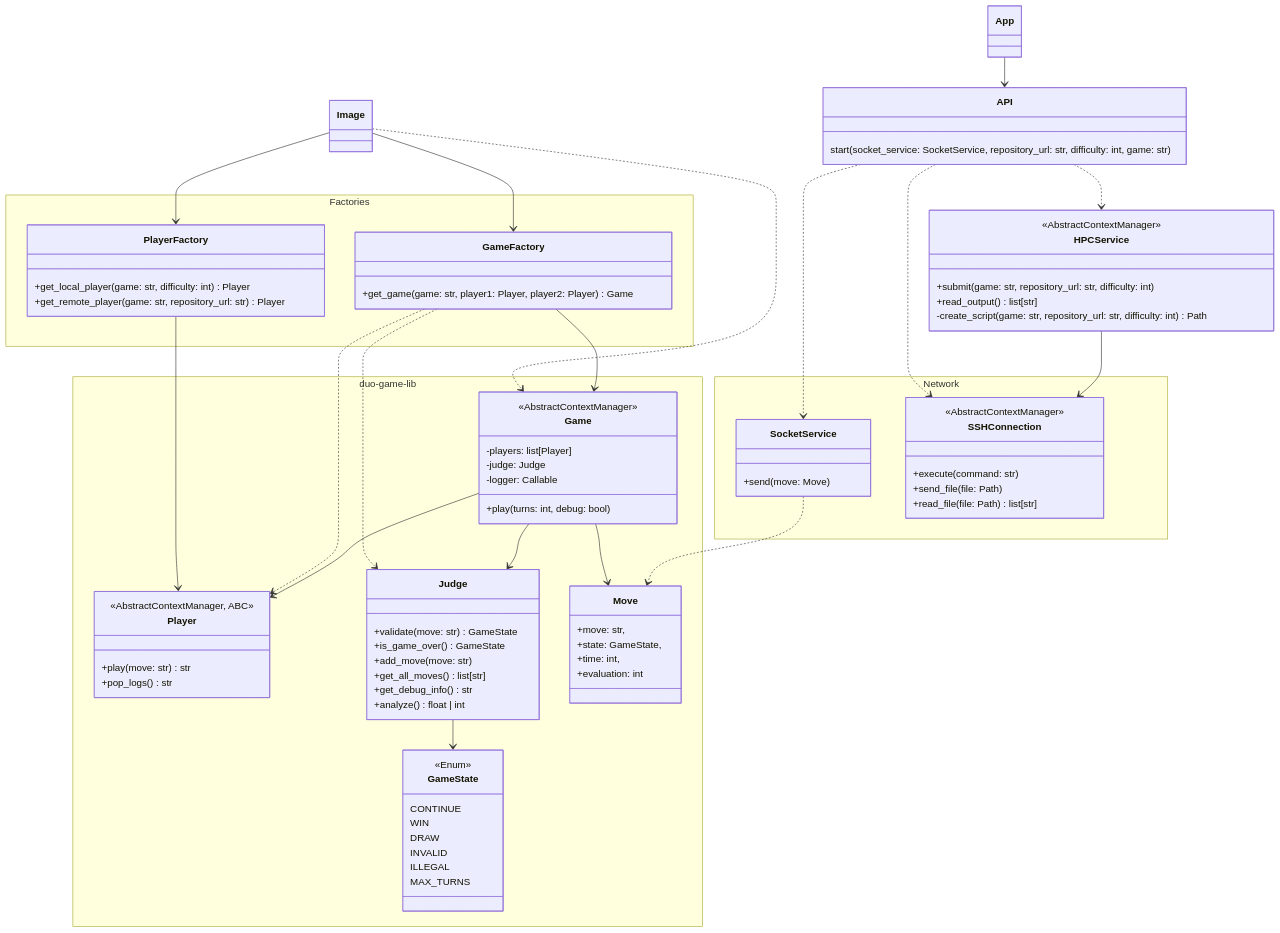
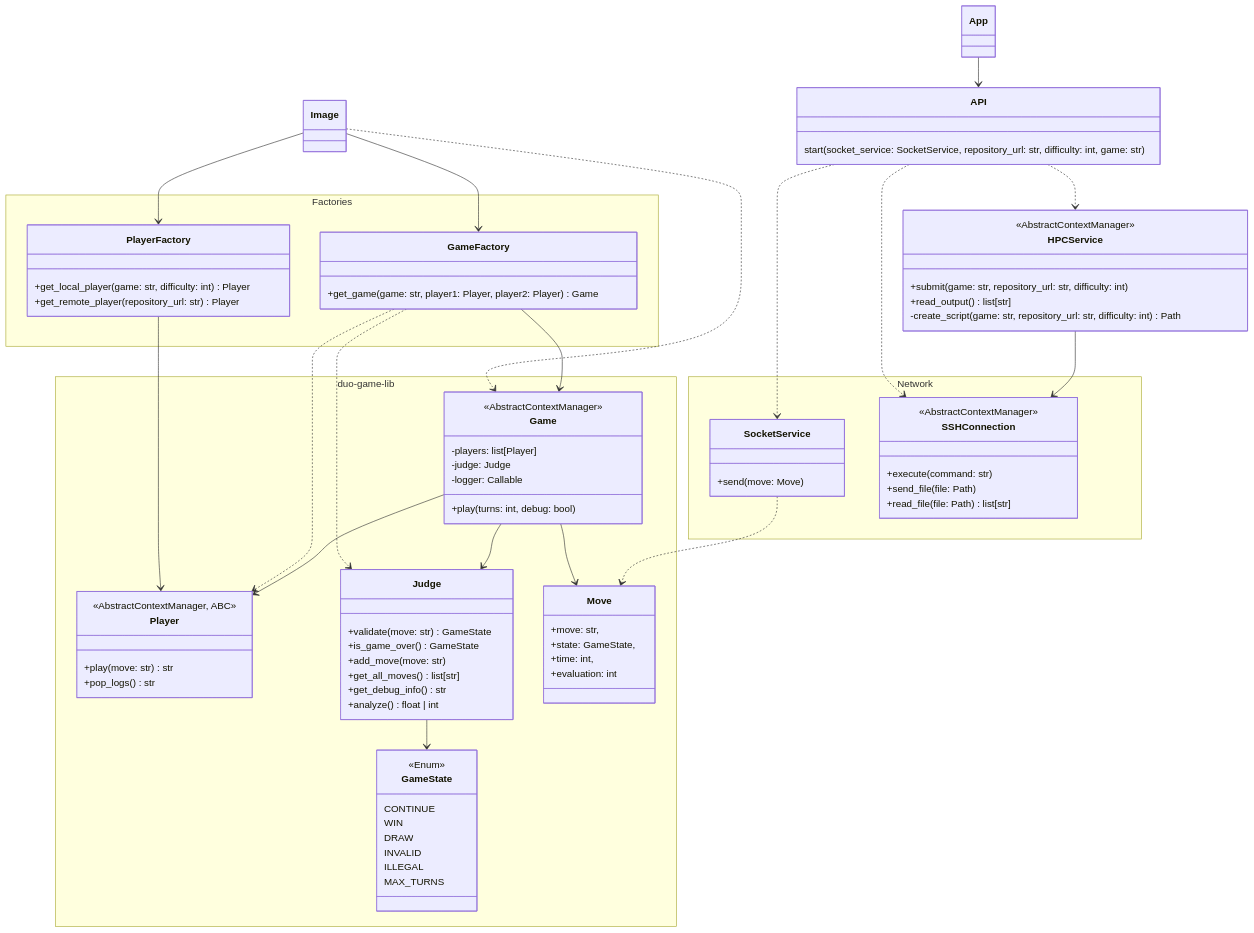
One commit to game-ai-platform-team/tira-ai-platform changed the third of 5 diagrams in docs/architecture.md. Above: the diagram before and after it, drawn with Mermaid.

Commit message:
docs(#126): Remove game from PlayerFactory.get_remote_player

```diff
--- a/docs/architecture.md
+++ b/docs/architecture.md
@@ -162,7 +162,7 @@
 
     class PlayerFactory {
         +get_local_player(game: str, difficulty: int) Player
-        +get_remote_player(game: str, repository_url: str) Player
+        +get_remote_player(repository_url: str) Player
     }
 }
 
```
